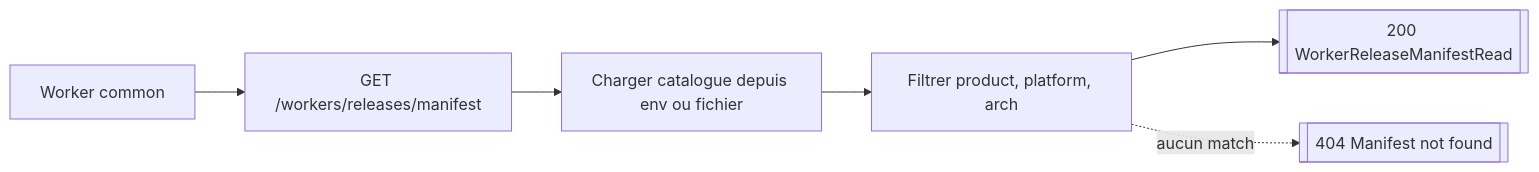
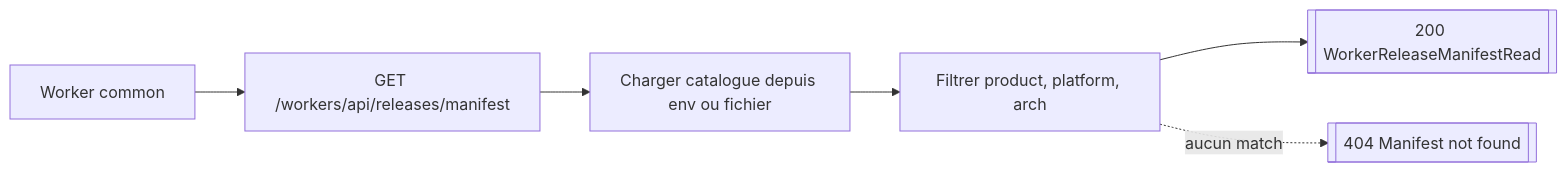
Before and after one commit to Manifeed/docs: the sixth of 8 diagrams in backend/routes/workers.md, drawn with Mermaid. The commit also changed other lines of this file and 12 other files, not shown here.

````diff
--- a/backend/routes/workers.md
+++ b/backend/routes/workers.md
@@ -187,8 +187,8 @@
 ```mermaid
 flowchart LR
-    worker["Worker common"] --> route["GET /workers/releases/manifest"]
+    worker["Worker common"] --> route["GET /workers/api/releases/manifest"]
     route --> config["Charger catalogue depuis env ou fichier"]
     config --> match["Filtrer product, platform, arch"]
     match --> response[["200 WorkerReleaseManifestRead"]]
     match -. aucun match .-> e404[["404 Manifest not found"]]
 ```
````
